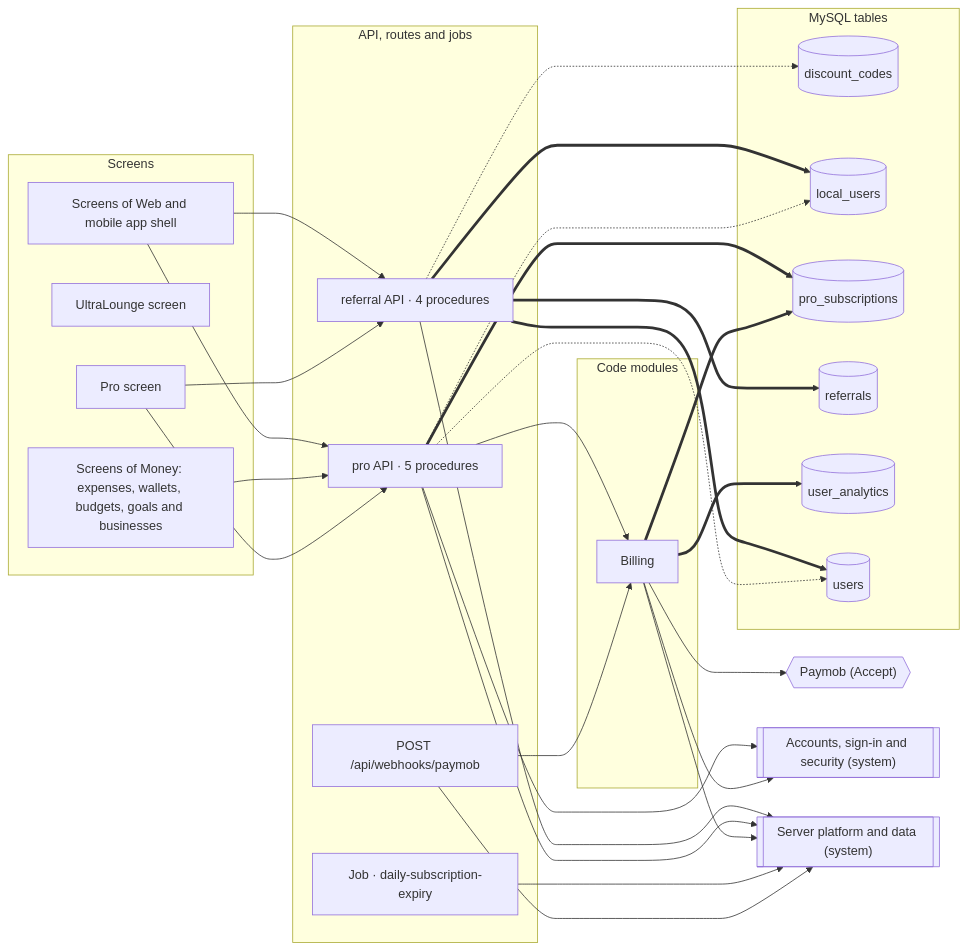
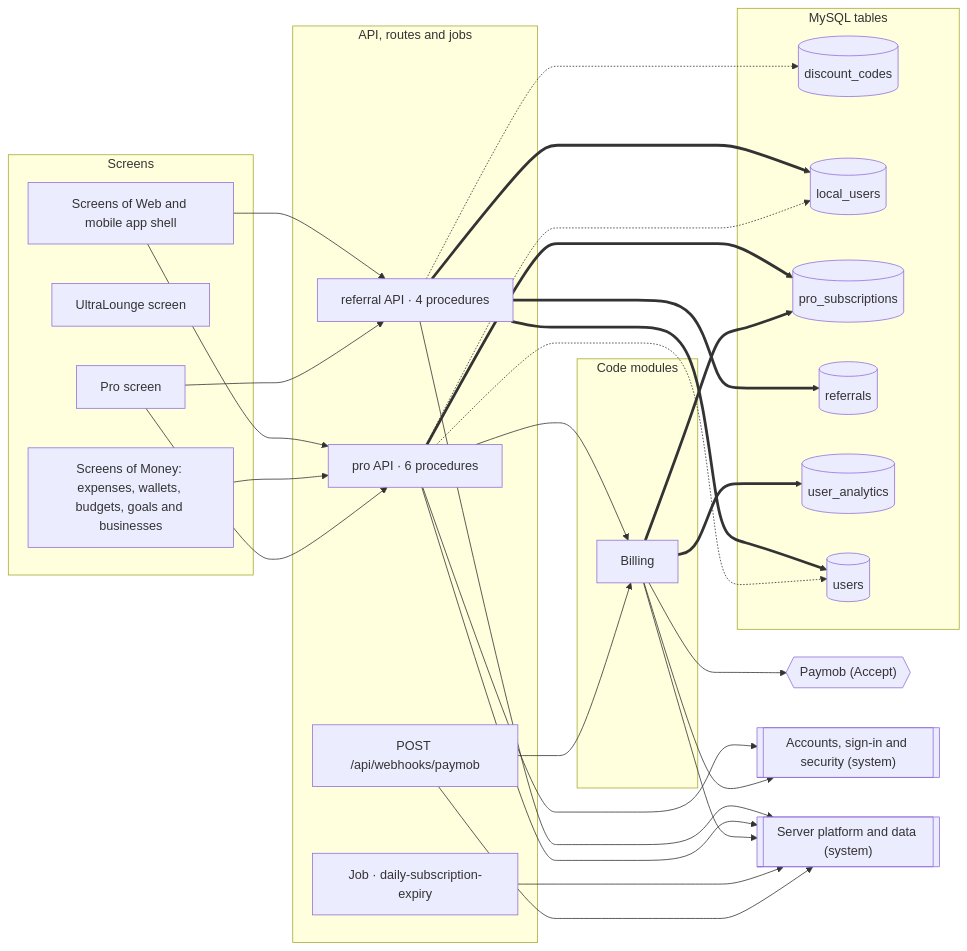
The first of 2 diagrams in docs/atlas/systems/billing.md (mahmoudtaherr111/smartspend_mini_all), drawn with Mermaid before and after one commit. The commit also changed other lines of this file and 55 other files, not shown here.

````diff
--- a/docs/atlas/systems/billing.md
+++ b/docs/atlas/systems/billing.md
@@ -13,53 +13,53 @@
 ```mermaid
 flowchart LR
   subgraph g_screens["Screens"]
     page_Pro["Pro screen"]
     page_UltraLounge["UltraLounge screen"]
     screens_money["Screens of Money: expenses, wallets, budgets, goals and businesses"]
     screens_web_app["Screens of Web and mobile app shell"]
   end
   subgraph g_api["API, routes and jobs"]
     http__api_webhooks["POST /api/webhooks/paymob"]
     job_daily_subscription_expiry["Job · daily-subscription-expiry"]
-    router_pro["pro API · 5 procedures"]
+    router_pro["pro API · 6 procedures"]
     router_referral["referral API · 4 procedures"]
   end
   subgraph g_modules["Code modules"]
     mod_billing["Billing"]
   end
   subgraph g_tables["MySQL tables"]
     tbl_discount_codes[("discount_codes")]
     tbl_local_users[("local_users")]
     tbl_pro_subscriptions[("pro_subscriptions")]
     tbl_referrals[("referrals")]
     tbl_user_analytics[("user_analytics")]
     tbl_users[("users")]
   end
   ext_paymob{{"Paymob (Accept)"}}
   sys_accounts[["Accounts, sign-in and security (system)"]]
   sys_platform[["Server platform and data (system)"]]
   http__api_webhooks --> mod_billing
   http__api_webhooks --> sys_platform
   job_daily_subscription_expiry --> sys_platform
   mod_billing --> ext_paymob
   mod_billing --> sys_accounts
   mod_billing --> sys_platform
   mod_billing ==> tbl_pro_subscriptions
   mod_billing ==> tbl_user_analytics
   page_Pro --> router_pro
   page_Pro --> router_referral
   router_pro --> mod_billing
   router_pro --> sys_accounts
   router_pro --> sys_platform
   router_pro -.-> tbl_local_users
   router_pro -.-> tbl_users
   router_pro ==> tbl_pro_subscriptions
   router_referral --> sys_platform
   router_referral -.-> tbl_discount_codes
   router_referral ==> tbl_local_users
   router_referral ==> tbl_referrals
   router_referral ==> tbl_users
   screens_money --> router_pro
   screens_web_app --> router_pro
   screens_web_app --> router_referral
 ```
````
